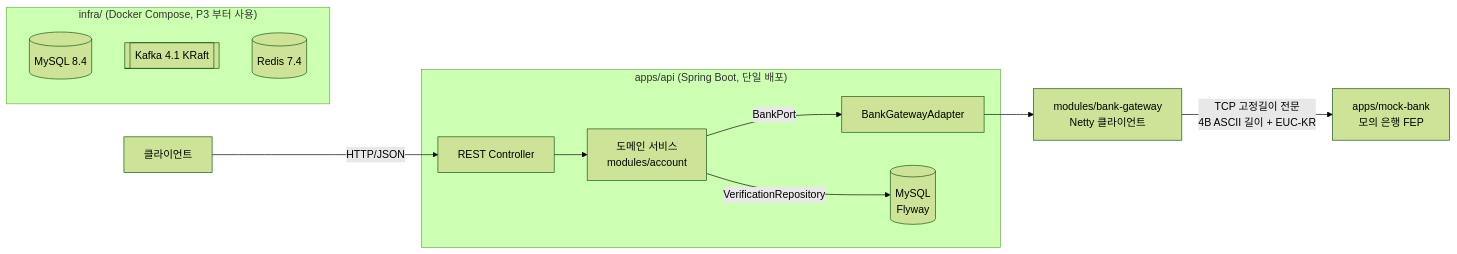
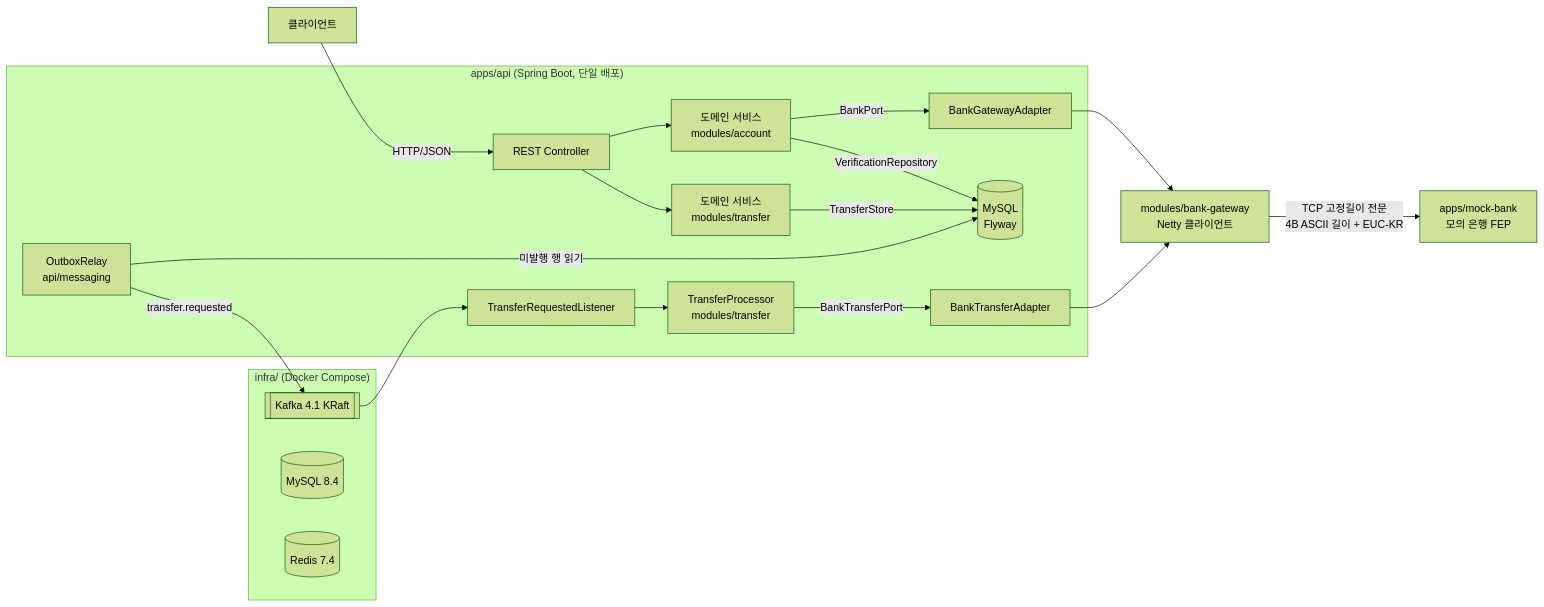
The first of 3 diagrams in ARCHITECTURE.md (hyeokjinON/bank-transfer), drawn with Mermaid (forest theme) before and after one commit. The commit also changed other lines of this file and 10 other files, not shown here.

````diff
--- a/ARCHITECTURE.md
+++ b/ARCHITECTURE.md
@@ -7,19 +7,28 @@
 ```mermaid
 flowchart LR
     C[클라이언트] -- "HTTP/JSON" --> API
 
     subgraph app ["apps/api (Spring Boot, 단일 배포)"]
         API[REST Controller] --> SVC[도메인 서비스<br/>modules/account]
         SVC -- "BankPort" --> ADP[BankGatewayAdapter]
         SVC -- "VerificationRepository" --> REPO[(MySQL<br/>Flyway)]
+        API --> TRF[도메인 서비스<br/>modules/transfer]
+        TRF -- "TransferStore" --> REPO
+        RELAY[OutboxRelay<br/>api/messaging] -- "미발행 행 읽기" --> REPO
+        LSN[TransferRequestedListener] --> PROC[TransferProcessor<br/>modules/transfer]
+        PROC -- "BankTransferPort" --> TADP[BankTransferAdapter]
     end
 
+    RELAY -- "transfer.requested" --> KF
+    KF --> LSN
+
     ADP --> GW["modules/bank-gateway<br/>Netty 클라이언트"]
+    TADP --> GW
     GW -- "TCP 고정길이 전문<br/>4B ASCII 길이 + EUC-KR" --> BANK["apps/mock-bank<br/>모의 은행 FEP"]
 
-    subgraph infra ["infra/ (Docker Compose, P3 부터 사용)"]
+    subgraph infra ["infra/ (Docker Compose)"]
         MY[(MySQL 8.4)]
         KF[[Kafka 4.1 KRaft]]
         RD[(Redis 7.4)]
     end
 ```
````
